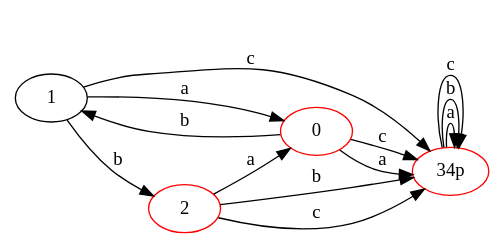
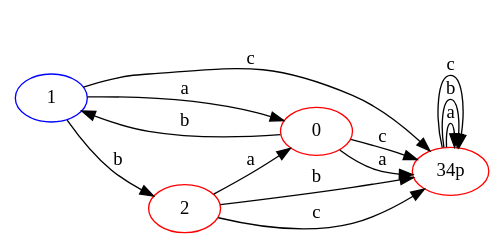
The diagram in graphes/A4-42.gv (ZvNico/MathInfo), drawn with Graphviz before and after one commit. The commit also changed 57 other files, not shown here.

```diff
--- a/graphes/A4-42.gv
+++ b/graphes/A4-42.gv
@@ -1,19 +1,19 @@
 digraph {
 	rankdir=LR
 	"34p" [color=red]
 	"34p" -> "34p" [label=a]
 	"34p" -> "34p" [label=b]
 	"34p" -> "34p" [label=c]
-	1
+	1 [color=blue]
 	1 -> 0 [label=a]
 	1 -> 2 [label=b]
 	1 -> "34p" [label=c]
 	0 [color=red]
 	0 -> "34p" [label=a]
 	0 -> 1 [label=b]
 	0 -> "34p" [label=c]
 	2 [color=red]
 	2 -> 0 [label=a]
 	2 -> "34p" [label=b]
 	2 -> "34p" [label=c]
 }
```
